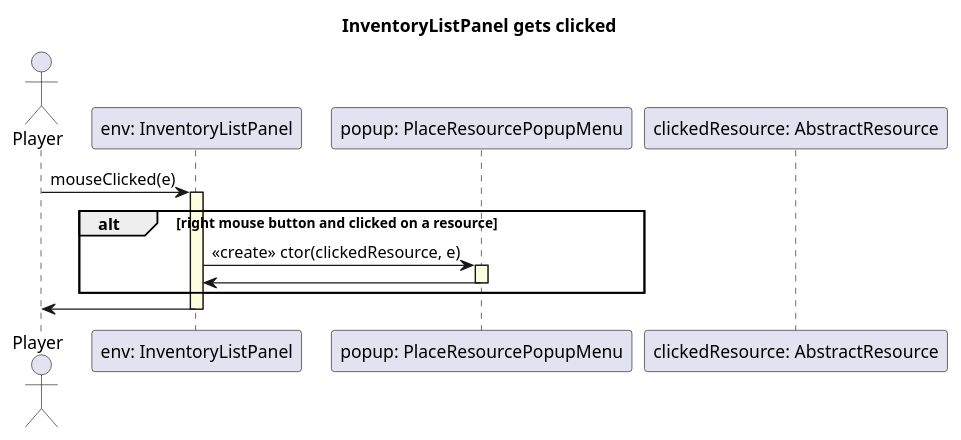
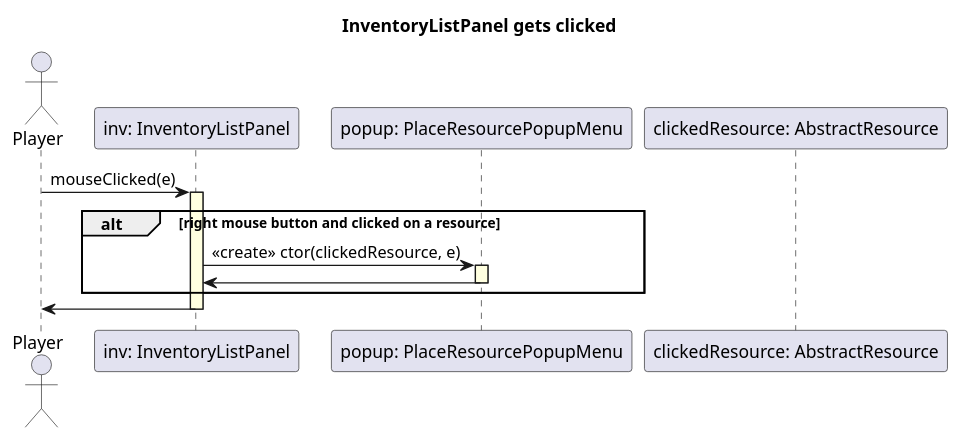
Before and after one commit to bbucsy/projlab_holy_oil: the diagram in uml/gui_seq_diagrams/mouseclicked_inventorylistpanel.plantuml, drawn with PlantUML. The commit also changed 5 other files, not shown here.

```diff
--- a/uml/gui_seq_diagrams/mouseclicked_inventorylistpanel.plantuml
+++ b/uml/gui_seq_diagrams/mouseclicked_inventorylistpanel.plantuml
@@ -1,24 +1,24 @@
 @startuml seq
 
 skinparam SequenceLifeLineBackgroundColor LightYellow
 
 title "InventoryListPanel gets clicked"
 
 Actor Player as player
-participant "env: InventoryListPanel" as env
+participant "inv: InventoryListPanel" as env
 
 player -> env ++: mouseClicked(e)
 
 alt right mouse button and clicked on a resource
 
     participant "popup: PlaceResourcePopupMenu" as resourcepopup
     participant "clickedResource: AbstractResource"
 
     env -> resourcepopup ++: <<create>> ctor(clickedResource, e)
     resourcepopup -> env --
 
 end
 
 env -> player --
 
 @enduml
```
